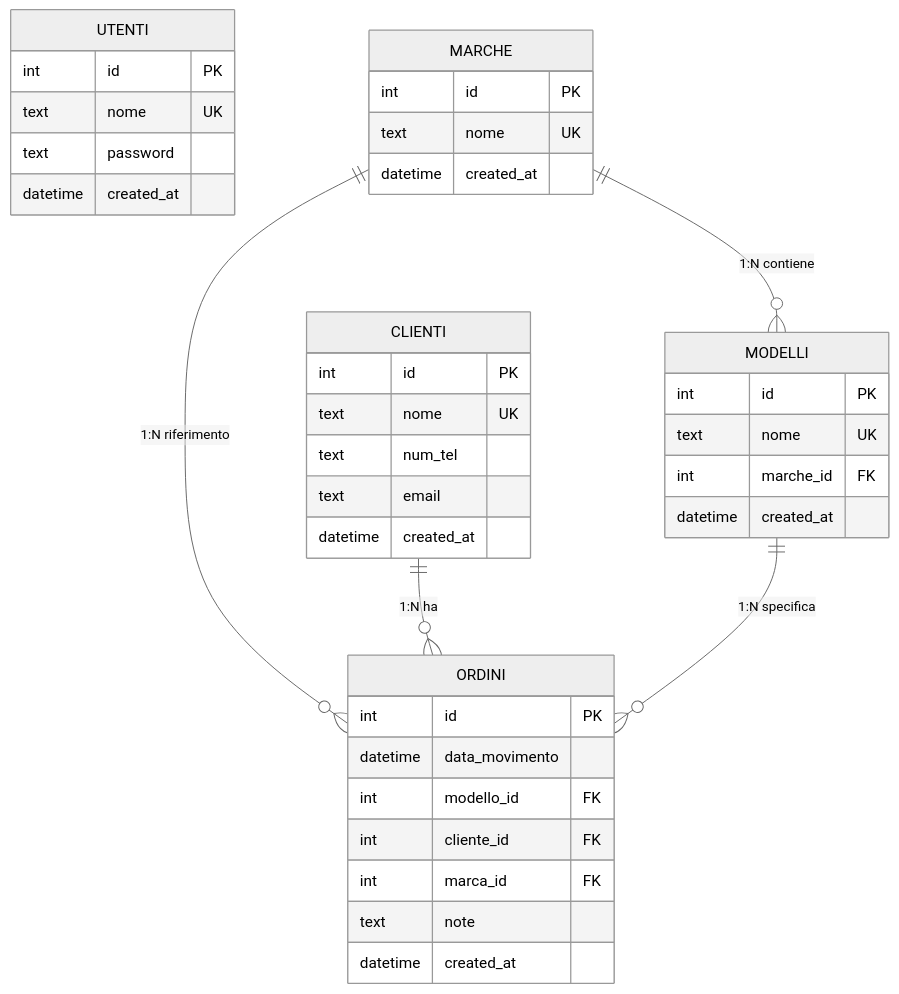
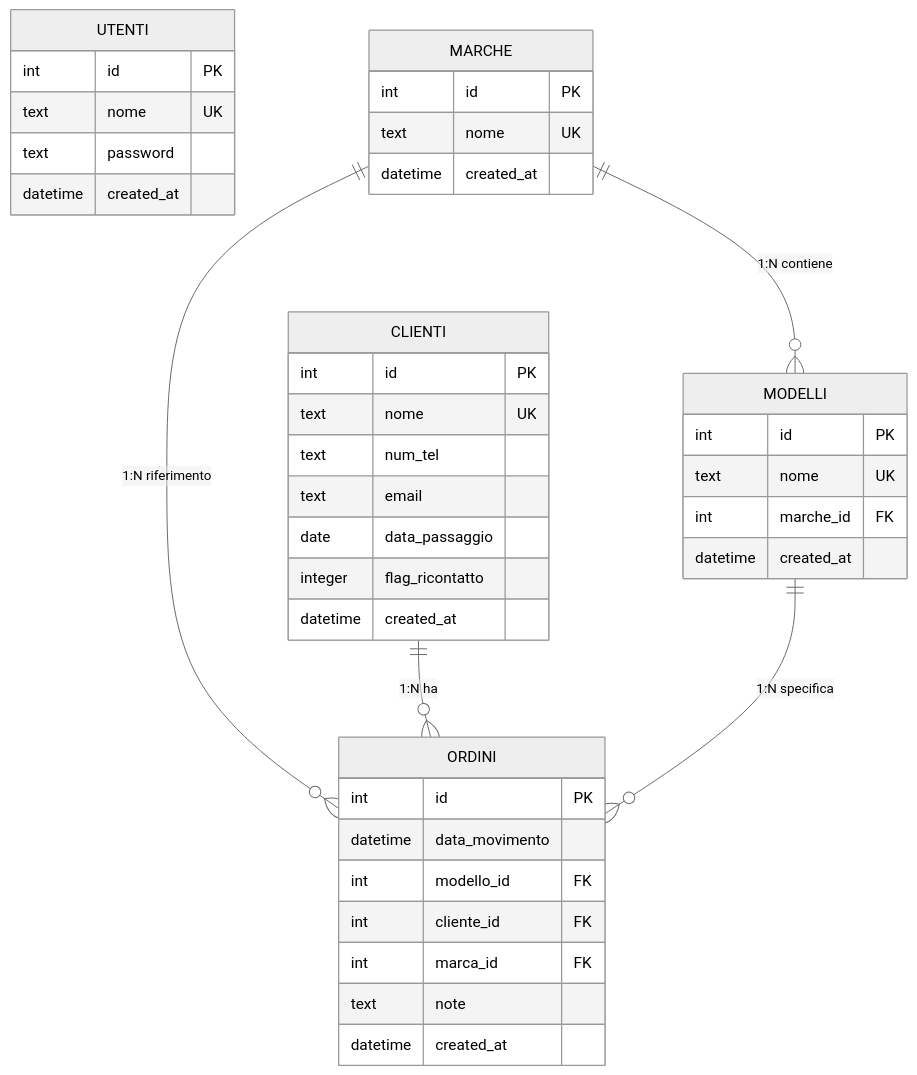
One commit to NicoMaker/Gestione_Prenotazioni changed the diagram in backend/db/Schema/Schema.mmd. Above: the diagram before and after it, drawn with Mermaid (neutral theme). The commit also changed 2 other files, not shown here.

```diff
--- a/backend/db/Schema/Schema.mmd
+++ b/backend/db/Schema/Schema.mmd
@@ -1,44 +1,46 @@
 erDiagram
     UTENTI {
         int id PK
         text nome UK
         text password
         datetime created_at
     }
     
     MARCHE {
         int id PK
         text nome UK
         datetime created_at
     }
     
     CLIENTI {
         int id PK
         text nome UK
         text num_tel
         text email
+                date data_passaggio
+        integer flag_ricontatto
         datetime created_at
     }
     
     MODELLI {
         int id PK
         text nome UK
         int marche_id FK
         datetime created_at
     }
     
     ORDINI {
         int id PK
         datetime data_movimento
         int modello_id FK 
         int cliente_id FK 
         int marca_id FK 
         text note
         datetime created_at
     }
     
     %% Relazioni con cardinalità 1:N esplicita
     MARCHE ||--o{ MODELLI : "1:N contiene"
     MARCHE ||--o{ ORDINI : "1:N riferimento"
     CLIENTI ||--o{ ORDINI : "1:N ha"
     MODELLI ||--o{ ORDINI : "1:N specifica"
```
